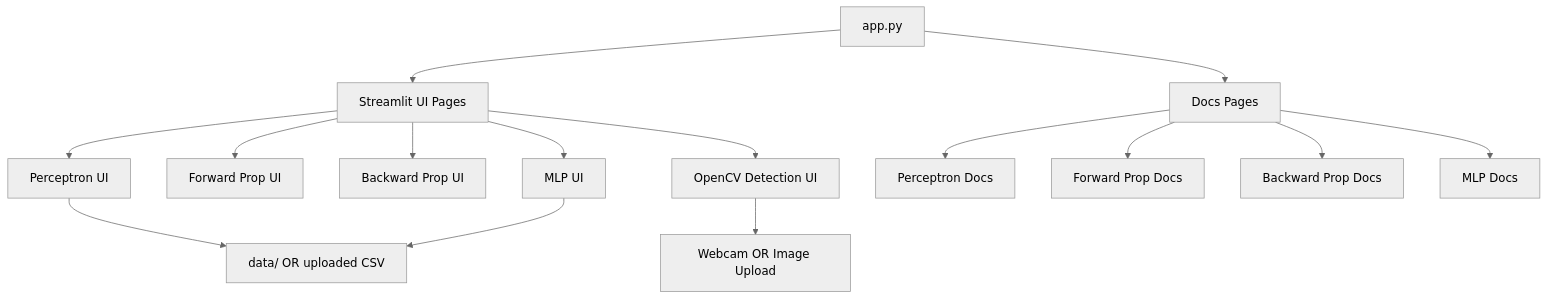
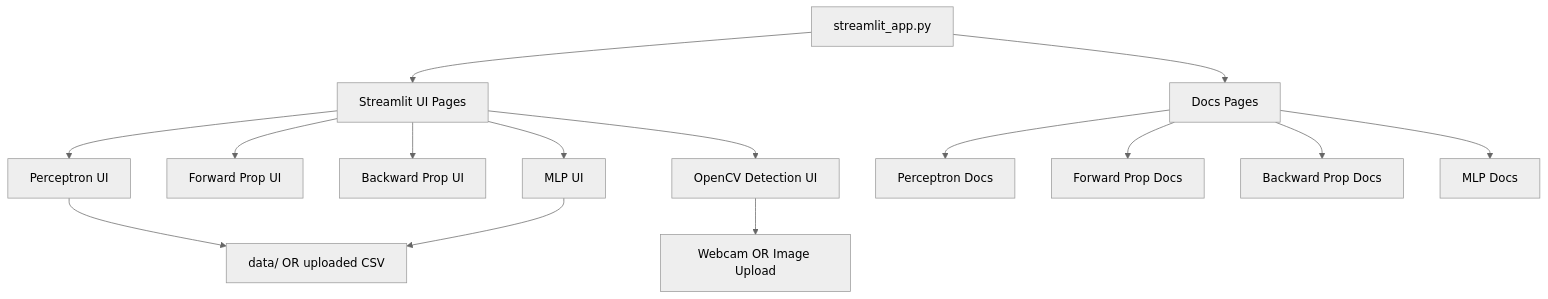
Before and after one commit to Prateekkp/nn_toolbox: the first of 2 diagrams in README.md, drawn with Mermaid (neutral theme). The commit also changed other lines of this file, not shown here.

````diff
--- a/README.md
+++ b/README.md
@@ -57,17 +126,17 @@
 ```mermaid
 flowchart TB
-    A[app.py] --> B[Streamlit UI Pages]
+    A[streamlit_app.py] --> B[Streamlit UI Pages]
     B --> C[Perceptron UI]
     B --> D[Forward Prop UI]
     B --> E[Backward Prop UI]
     B --> F[MLP UI]
     B --> G[OpenCV Detection UI]
     A --> H[Docs Pages]
     H --> I[Perceptron Docs]
     H --> J[Forward Prop Docs]
     H --> K[Backward Prop Docs]
     H --> L[MLP Docs]
     C --> M[data/ OR uploaded CSV]
     F --> M
     G --> N[Webcam OR Image Upload]
 ```
````
